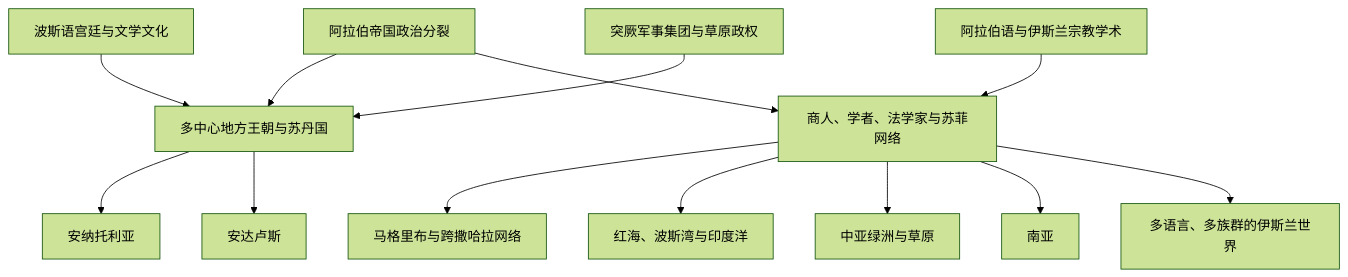
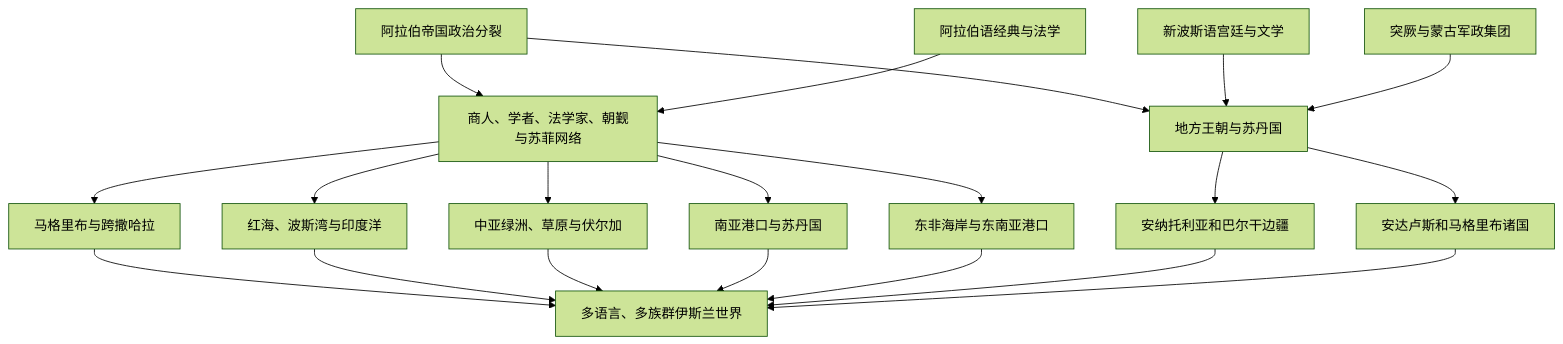
Before and after one commit to tianlan-dev/learning-notes: the diagram in 人文科学/历史/西亚/_通史/阿拉伯帝国/帝国分裂后的伊斯兰世界扩展.md, drawn with Mermaid (forest theme). The commit also changed other lines of this file and 1417 other files, not shown here.

````diff
--- a/人文科学/历史/西亚/_通史/阿拉伯帝国/帝国分裂后的伊斯兰世界扩展.md
+++ b/人文科学/历史/西亚/_通史/阿拉伯帝国/帝国分裂后的伊斯兰世界扩展.md
@@ -17,15 +17,22 @@
 ```mermaid
 flowchart TD
-    Fragment["阿拉伯帝国政治分裂"] --> RegionalStates["多中心地方王朝与苏丹国"]
-    Fragment --> Networks["商人、学者、法学家与苏菲网络"]
-    Arabic["阿拉伯语与伊斯兰宗教学术"] --> Networks
-    Persian["波斯语宫廷与文学文化"] --> RegionalStates
-    Turkic["突厥军事集团与草原政权"] --> RegionalStates
-    Networks --> Maghreb["马格里布与跨撒哈拉网络"]
-    Networks --> IndianOcean["红海、波斯湾与印度洋"]
-    Networks --> CentralAsia["中亚绿洲与草原"]
-    Networks --> SouthAsia["南亚"]
-    RegionalStates --> Anatolia["安纳托利亚"]
-    RegionalStates --> Iberia["安达卢斯"]
-    Networks --> Plural["多语言、多族群的伊斯兰世界"]
+    A["阿拉伯帝国政治分裂"] --> B["地方王朝与苏丹国"]
+    A --> C["商人、学者、法学家、朝觐与苏菲网络"]
+    D["阿拉伯语经典与法学"] --> C
+    E["新波斯语宫廷与文学"] --> B
+    F["突厥与蒙古军政集团"] --> B
+    C --> G["马格里布与跨撒哈拉"]
+    C --> H["红海、波斯湾与印度洋"]
+    C --> I["中亚绿洲、草原与伏尔加"]
+    C --> J["南亚港口与苏丹国"]
+    C --> K["东非海岸与东南亚港口"]
+    B --> L["安纳托利亚和巴尔干边疆"]
+    B --> M["安达卢斯和马格里布诸国"]
+    G --> N["多语言、多族群伊斯兰世界"]
+    H --> N
+    I --> N
+    J --> N
+    K --> N
+    L --> N
+    M --> N
 ```
````
